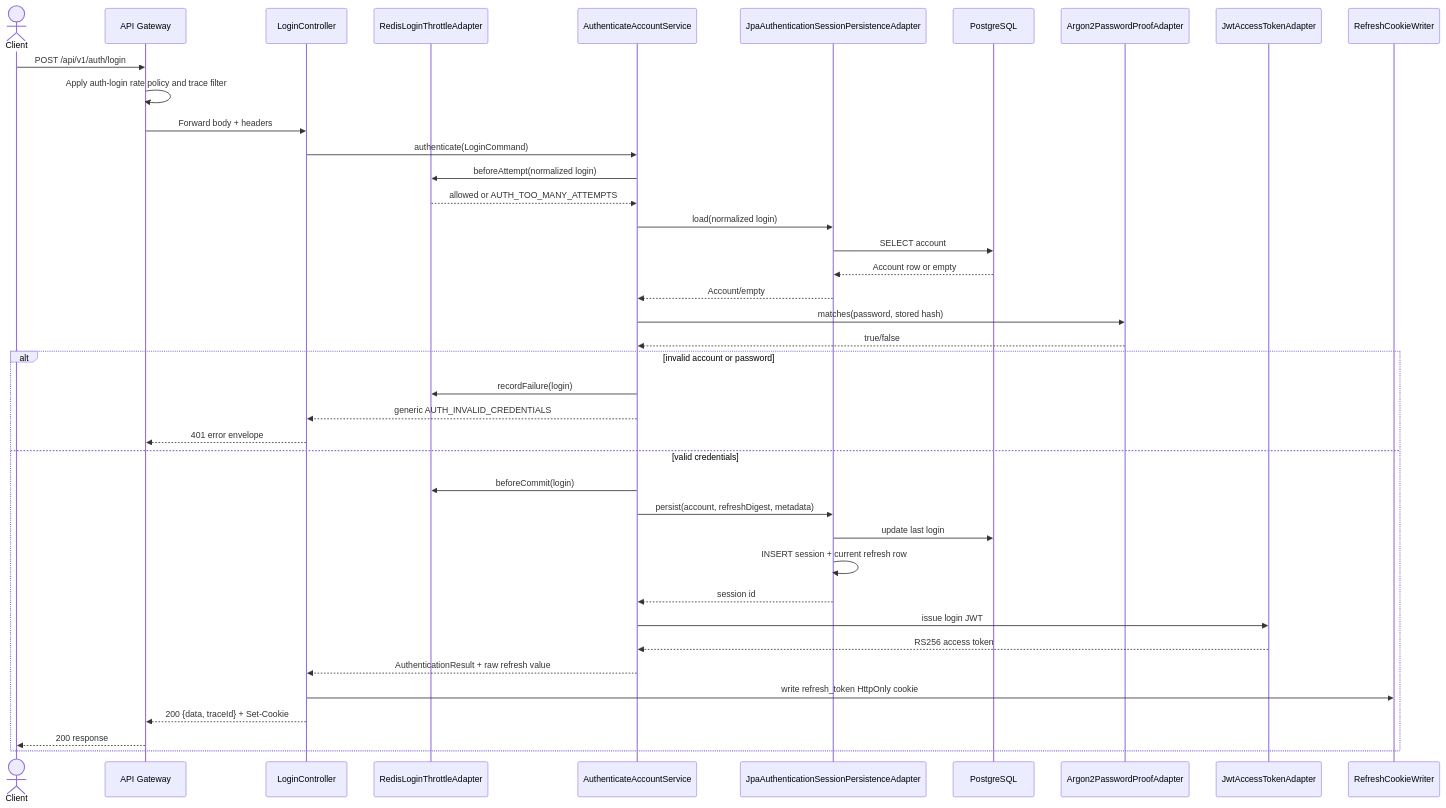
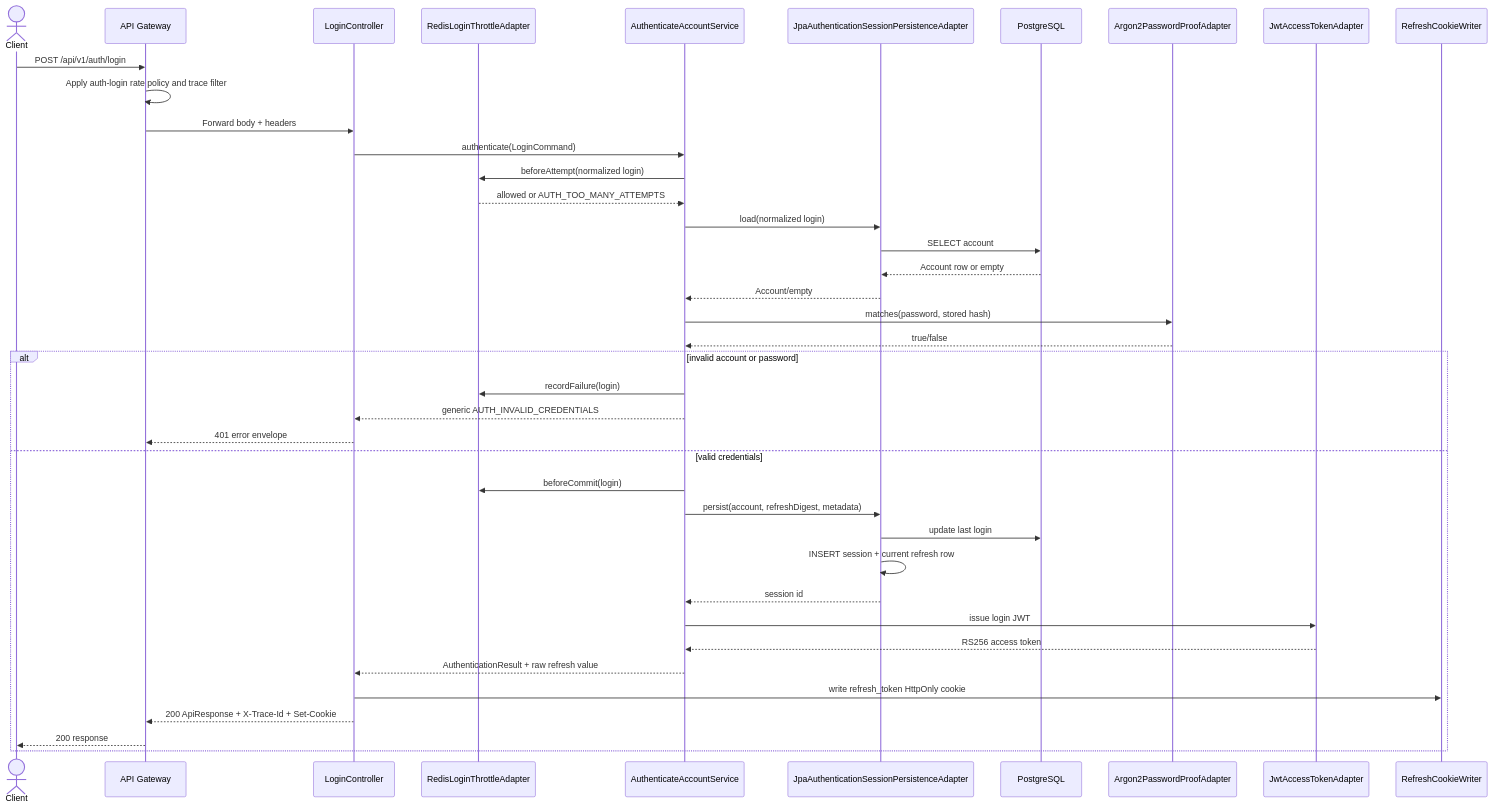
One commit to phandinhphuc1234/flash-sale changed the second of 6 diagrams in docs/authen/02-authentication-flows.md. Above: the diagram before and after it, drawn with Mermaid. The commit also changed other lines of this file and 90 other files, not shown here.

Commit message:
feat(http): standardize cross-service API responses and trace headers

````diff
--- a/docs/authen/02-authentication-flows.md
+++ b/docs/authen/02-authentication-flows.md
@@ -48,43 +48,43 @@
 ```mermaid
 sequenceDiagram
     actor Client
     participant Gateway as API Gateway
     participant Controller as LoginController
     participant Throttle as RedisLoginThrottleAdapter
     participant UseCase as AuthenticateAccountService
     participant DB as JpaAuthenticationSessionPersistenceAdapter
     participant Users as PostgreSQL
     participant Password as Argon2PasswordProofAdapter
     participant Token as JwtAccessTokenAdapter
     participant Cookie as RefreshCookieWriter
 
     Client->>Gateway: POST /api/v1/auth/login
     Gateway->>Gateway: Apply auth-login rate policy and trace filter
     Gateway->>Controller: Forward body + headers
     Controller->>UseCase: authenticate(LoginCommand)
     UseCase->>Throttle: beforeAttempt(normalized login)
     Throttle-->>UseCase: allowed or AUTH_TOO_MANY_ATTEMPTS
     UseCase->>DB: load(normalized login)
     DB->>Users: SELECT account
     Users-->>DB: Account row or empty
     DB-->>UseCase: Account/empty
     UseCase->>Password: matches(password, stored hash)
     Password-->>UseCase: true/false
     alt invalid account or password
         UseCase->>Throttle: recordFailure(login)
         UseCase-->>Controller: generic AUTH_INVALID_CREDENTIALS
         Controller-->>Gateway: 401 error envelope
     else valid credentials
         UseCase->>Throttle: beforeCommit(login)
         UseCase->>DB: persist(account, refreshDigest, metadata)
         DB->>Users: update last login
         DB->>DB: INSERT session + current refresh row
         DB-->>UseCase: session id
         UseCase->>Token: issue login JWT
         Token-->>UseCase: RS256 access token
         UseCase-->>Controller: AuthenticationResult + raw refresh value
         Controller->>Cookie: write refresh_token HttpOnly cookie
-        Controller-->>Gateway: 200 {data, traceId} + Set-Cookie
+        Controller-->>Gateway: 200 ApiResponse + X-Trace-Id + Set-Cookie
         Gateway-->>Client: 200 response
     end
 ```
````
